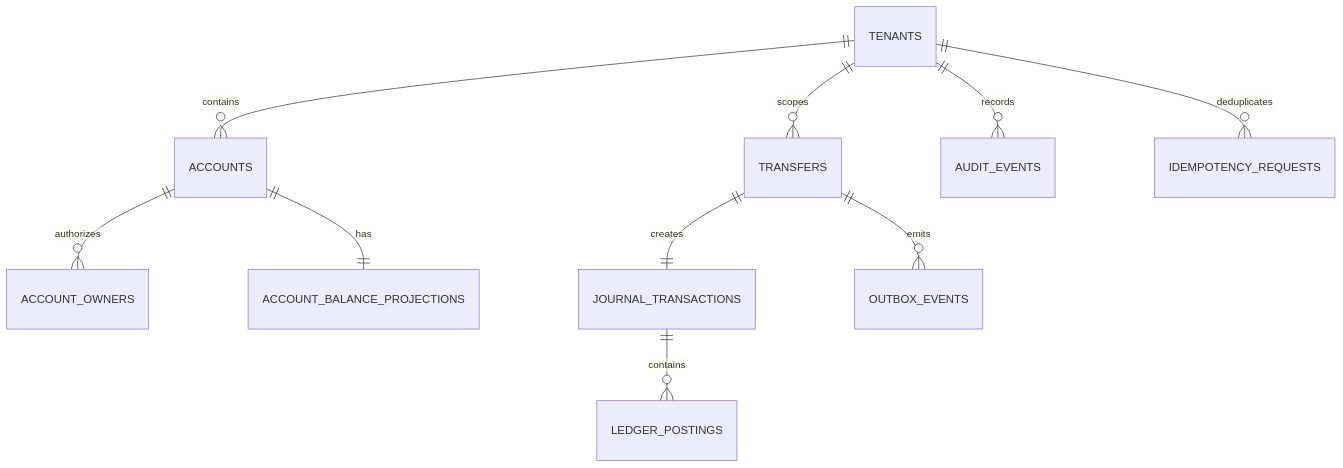
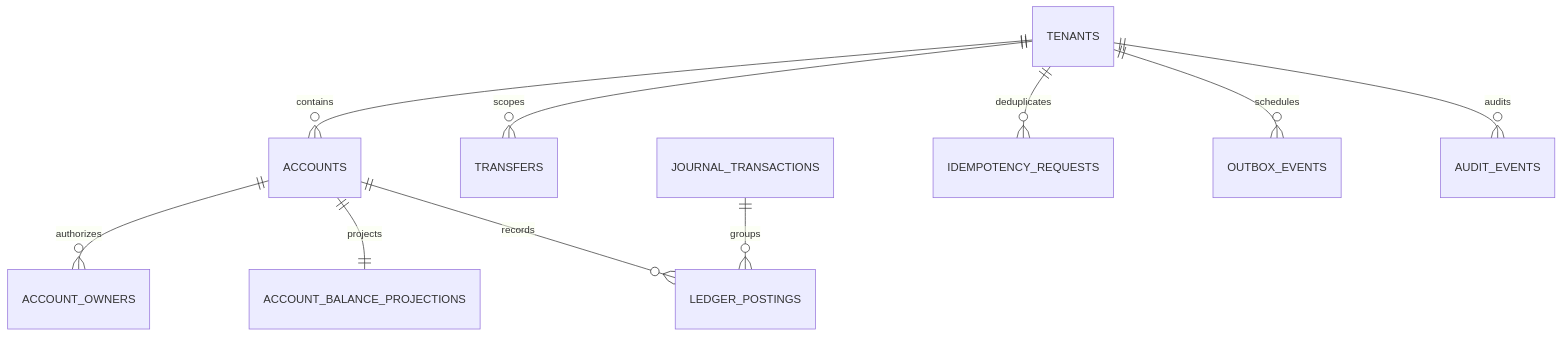
The eighth of 8 diagrams in README.md (painjanevivek/LedgerSync), drawn with Mermaid before and after one commit. The commit also changed other lines of this file, not shown here.

````diff
--- a/README.md
+++ b/README.md
@@ -362,12 +448,12 @@
 ```mermaid
 erDiagram
   TENANTS ||--o{ ACCOUNTS : contains
   ACCOUNTS ||--o{ ACCOUNT_OWNERS : authorizes
+  ACCOUNTS ||--|| ACCOUNT_BALANCE_PROJECTIONS : projects
   TENANTS ||--o{ TRANSFERS : scopes
-  TRANSFERS ||--|| JOURNAL_TRANSACTIONS : creates
-  JOURNAL_TRANSACTIONS ||--o{ LEDGER_POSTINGS : contains
-  ACCOUNTS ||--|| ACCOUNT_BALANCE_PROJECTIONS : has
-  TRANSFERS ||--o{ OUTBOX_EVENTS : emits
-  TENANTS ||--o{ AUDIT_EVENTS : records
+  JOURNAL_TRANSACTIONS ||--o{ LEDGER_POSTINGS : groups
+  ACCOUNTS ||--o{ LEDGER_POSTINGS : records
   TENANTS ||--o{ IDEMPOTENCY_REQUESTS : deduplicates
+  TENANTS ||--o{ OUTBOX_EVENTS : schedules
+  TENANTS ||--o{ AUDIT_EVENTS : audits
 ```
````
